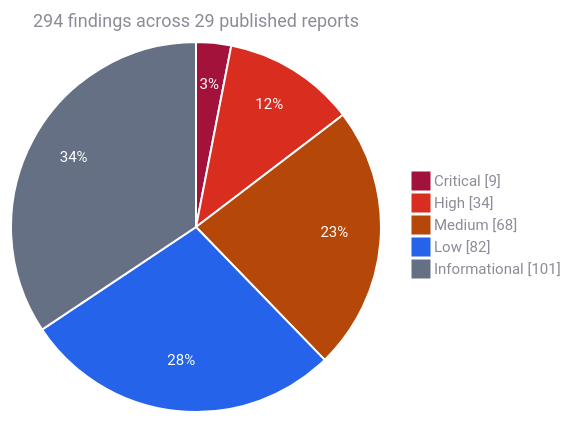
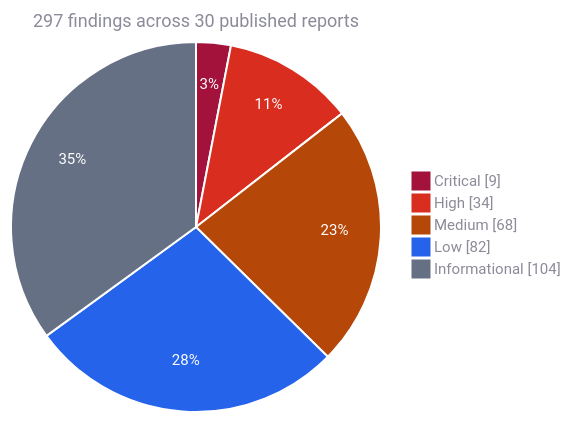
The first of 2 diagrams in README.md (Kann-Audits/Kann-Audits), drawn with Mermaid before and after one commit. The commit also changed other lines of this file and 2 other files, not shown here.

````diff
--- a/README.md
+++ b/README.md
@@ -91,10 +92,10 @@
 ```mermaid
 %%{init: {"theme": "base", "themeVariables": {"pie1": "#a3123a", "pie2": "#d92d20", "pie3": "#b54708", "pie4": "#2563eb", "pie5": "#667085", "pieStrokeColor": "#ffffff", "pieStrokeWidth": "2px", "pieOuterStrokeWidth": "0px", "pieOpacity": "1", "pieSectionTextColor": "#ffffff", "pieSectionTextSize": "15px", "pieTitleTextColor": "#8b8b99", "pieTitleTextSize": "18px", "pieLegendTextColor": "#8b8b99", "pieLegendTextSize": "15px"}}}%%
 pie showData
-    title 294 findings across 29 published reports
+    title 297 findings across 30 published reports
     "Critical" : 9
     "High" : 34
     "Medium" : 68
     "Low" : 82
-    "Informational" : 101
+    "Informational" : 104
 ```
````
